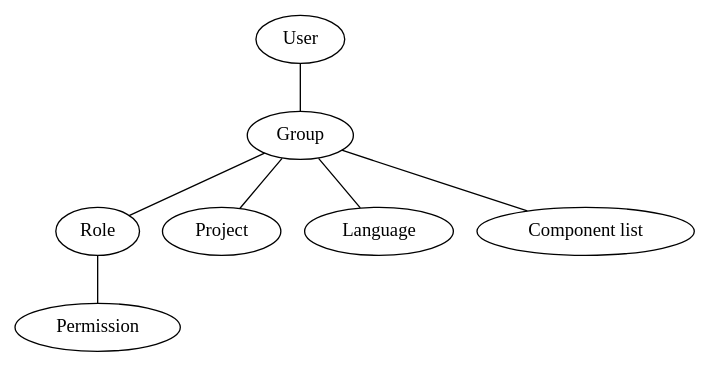
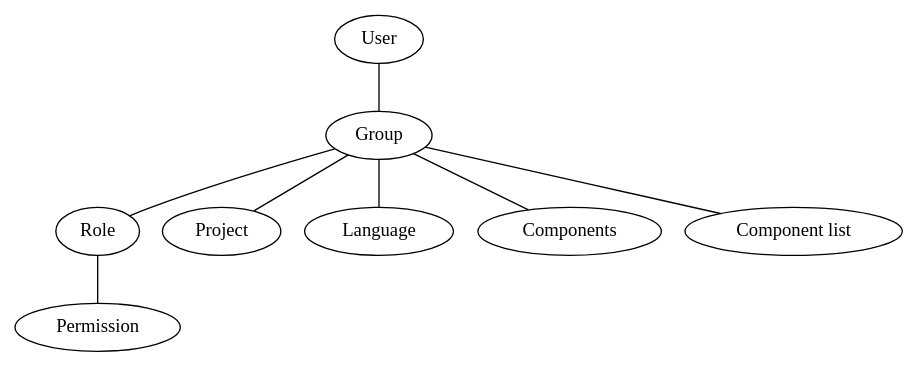
One commit to WeblateOrg/weblate changed the diagram in docs/admin/access.rst. Above: the diagram before and after it, drawn with Graphviz. The commit also changed other lines of this file and 2 other files, not shown here.

```diff
--- a/docs/admin/access.rst
+++ b/docs/admin/access.rst
@@ -134,11 +138,12 @@
 .. graphviz::
 
     graph auth {
 
         "User" -- "Group";
         "Group" -- "Role";
         "Role" -- "Permission";
         "Group" -- "Project";
         "Group" -- "Language";
+        "Group" -- "Components";
         "Group" -- "Component list";
     }
```
